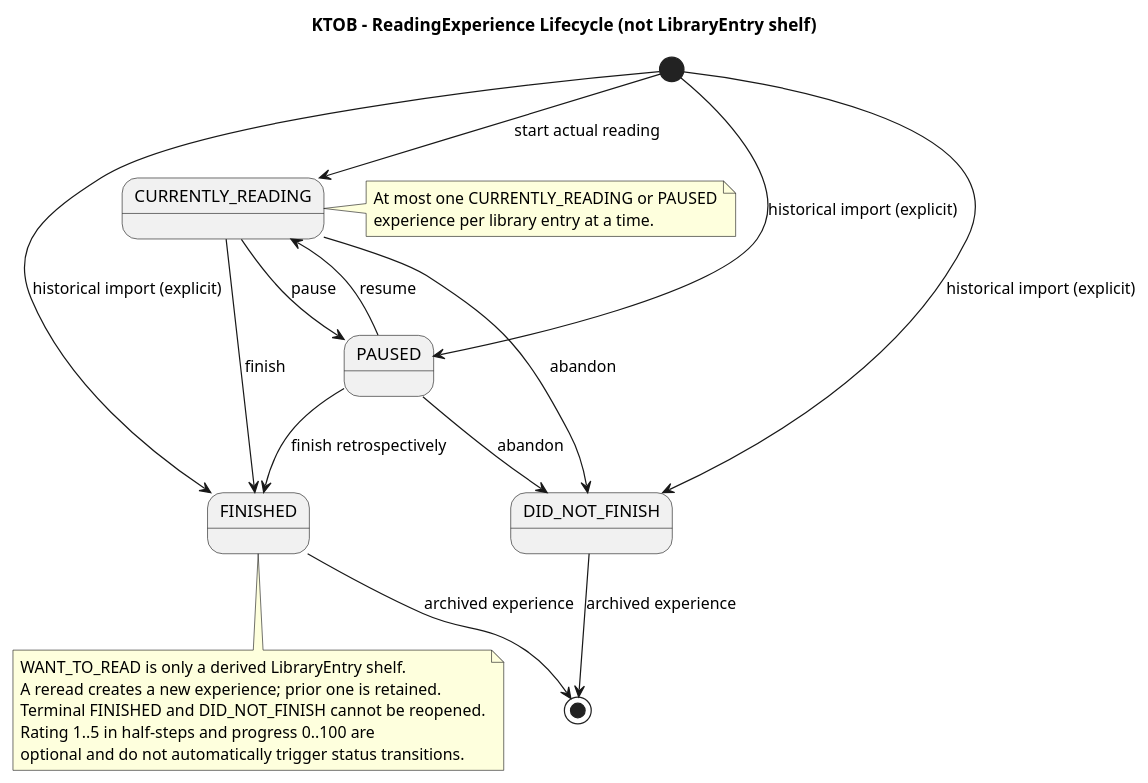
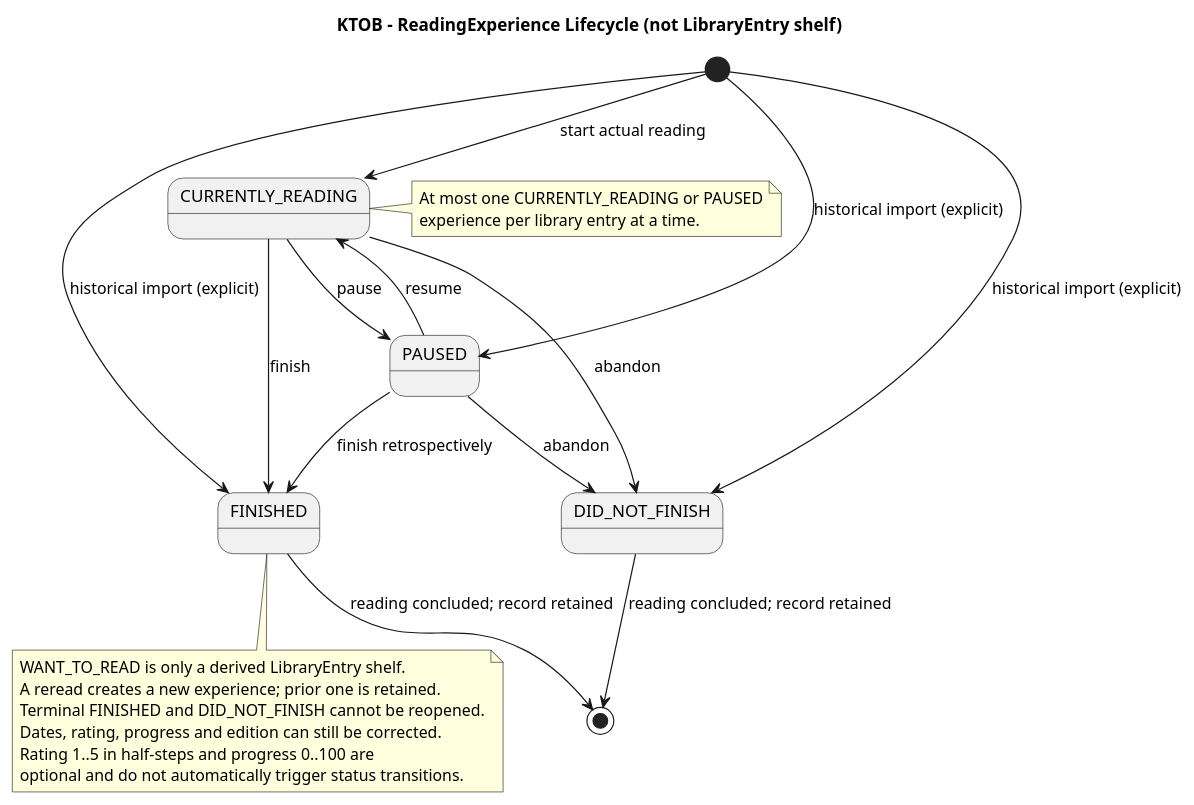
One commit to Adam-BArbia/ktob-literary-companion changed the diagram in docs/uml/14-state-reading.puml. Above: the diagram before and after it, drawn with PlantUML. The commit also changed 36 other files, not shown here.

```diff
--- a/docs/uml/14-state-reading.puml
+++ b/docs/uml/14-state-reading.puml
@@ -1,26 +1,27 @@
 @startuml KTOB_14_state_reading
 title KTOB - ReadingExperience Lifecycle (not LibraryEntry shelf)
 [*] --> CURRENTLY_READING : start actual reading
 [*] --> FINISHED : historical import (explicit)
 [*] --> PAUSED : historical import (explicit)
 [*] --> DID_NOT_FINISH : historical import (explicit)
 CURRENTLY_READING --> PAUSED : pause
 PAUSED --> CURRENTLY_READING : resume
 CURRENTLY_READING --> FINISHED : finish
 CURRENTLY_READING --> DID_NOT_FINISH : abandon
 PAUSED --> FINISHED : finish retrospectively
 PAUSED --> DID_NOT_FINISH : abandon
-FINISHED --> [*] : archived experience
-DID_NOT_FINISH --> [*] : archived experience
+FINISHED --> [*] : reading concluded; record retained
+DID_NOT_FINISH --> [*] : reading concluded; record retained
 note right of CURRENTLY_READING
 At most one CURRENTLY_READING or PAUSED
 experience per library entry at a time.
 end note
 note bottom of FINISHED
 WANT_TO_READ is only a derived LibraryEntry shelf.
 A reread creates a new experience; prior one is retained.
 Terminal FINISHED and DID_NOT_FINISH cannot be reopened.
+Dates, rating, progress and edition can still be corrected.
 Rating 1..5 in half-steps and progress 0..100 are
 optional and do not automatically trigger status transitions.
 end note
 @enduml
```
